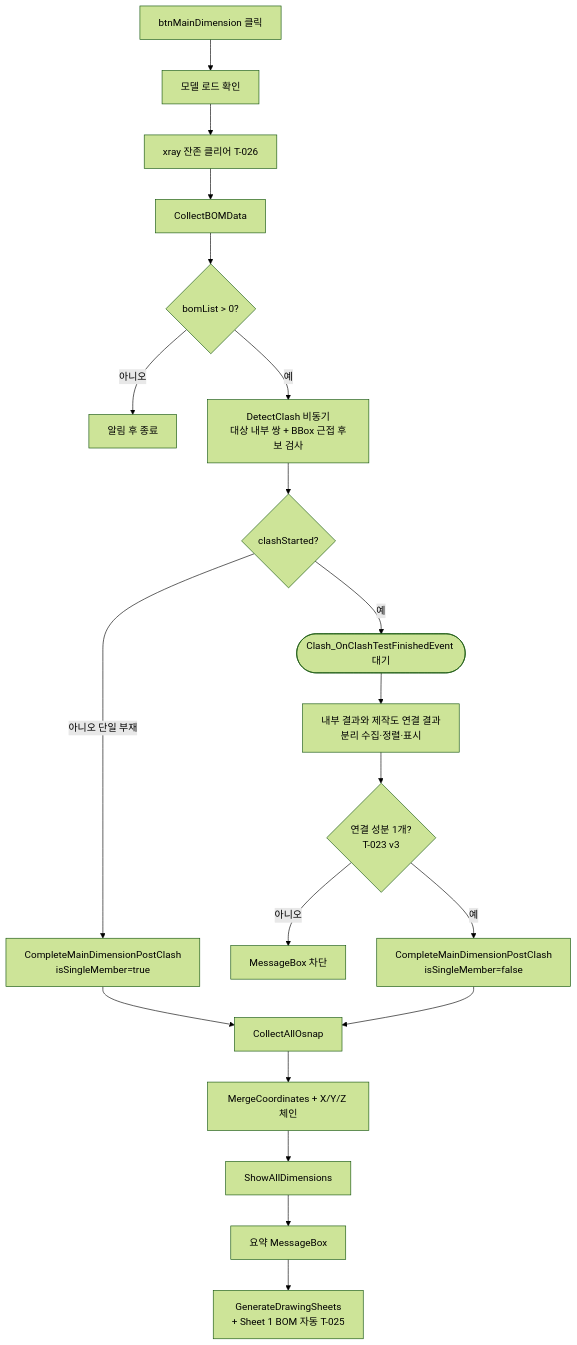
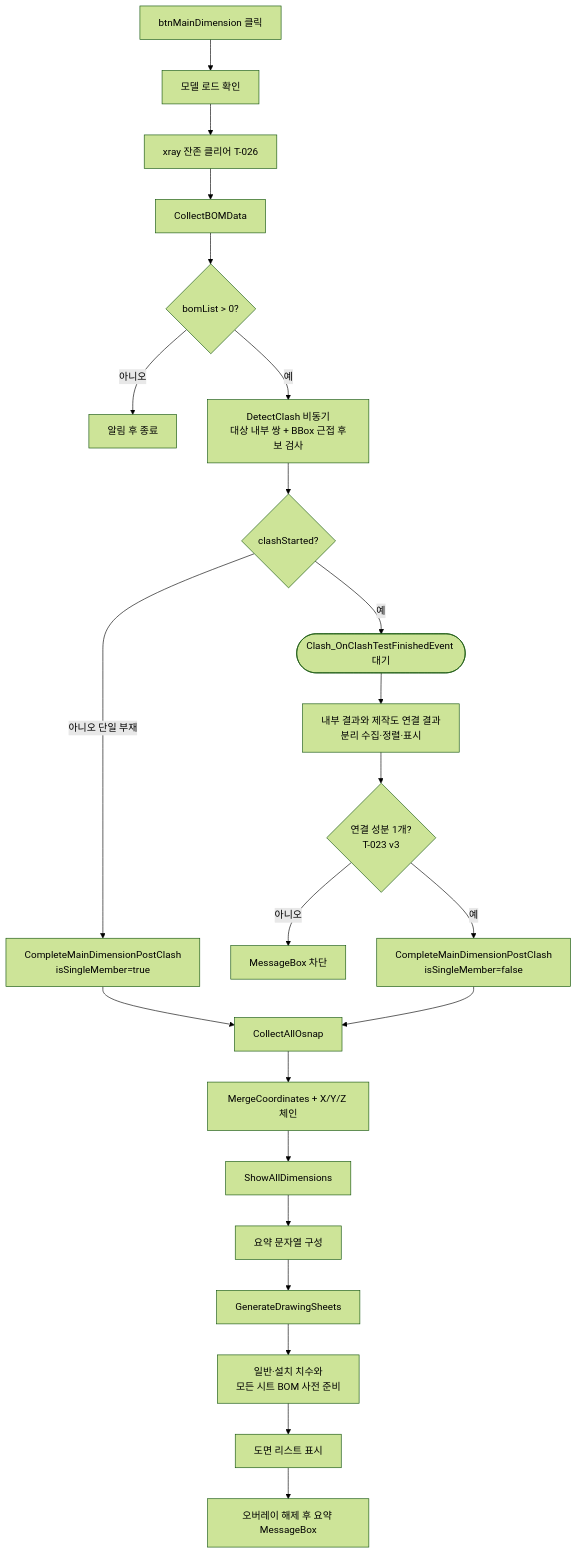
Before and after one commit to uuuuj/a2z: the first of 2 diagrams in docs/기능/BOM/메인 치수 추출.md, drawn with Mermaid (forest theme). The commit also changed other lines of this file and 1 other file, not shown here.

````diff
--- a/docs/기능/BOM/메인 치수 추출.md
+++ b/docs/기능/BOM/메인 치수 추출.md
@@ -31,22 +31,25 @@
 ```mermaid
 flowchart TD
     A[btnMainDimension 클릭] --> B[모델 로드 확인]
     B --> B2[xray 잔존 클리어 T-026]
     B2 --> C[CollectBOMData]
     C --> D{bomList > 0?}
     D -- 아니오 --> E01[알림 후 종료]
     D -- 예 --> K[DetectClash 비동기<br/>대상 내부 쌍 + BBox 근접 후보 검사]
     K --> K2{clashStarted?}
     K2 -- 아니오 단일 부재 --> POST1[CompleteMainDimensionPostClash<br/>isSingleMember=true]
     K2 -- 예 --> WAIT([Clash_OnClashTestFinishedEvent 대기])
     WAIT --> CLASH[내부 결과와 제작도 연결 결과<br/>분리 수집·정렬·표시]
     CLASH --> CONN{연결 성분 1개?<br/>T-023 v3}
     CONN -- 아니오 --> E03[MessageBox 차단]
     CONN -- 예 --> POST2[CompleteMainDimensionPostClash<br/>isSingleMember=false]
     POST1 --> OS[CollectAllOsnap]
     POST2 --> OS
     OS --> G[MergeCoordinates + X/Y/Z 체인]
     G --> SHOW[ShowAllDimensions]
-    SHOW --> SUM[요약 MessageBox]
-    SUM --> GEN[GenerateDrawingSheets<br/>+ Sheet 1 BOM 자동 T-025]
+    SHOW --> SUM[요약 문자열 구성]
+    SUM --> GEN[GenerateDrawingSheets]
+    GEN --> READY[일반·설치 치수와<br/>모든 시트 BOM 사전 준비]
+    READY --> LIST[도면 리스트 표시]
+    LIST --> MSG[오버레이 해제 후 요약 MessageBox]
 ```
````
